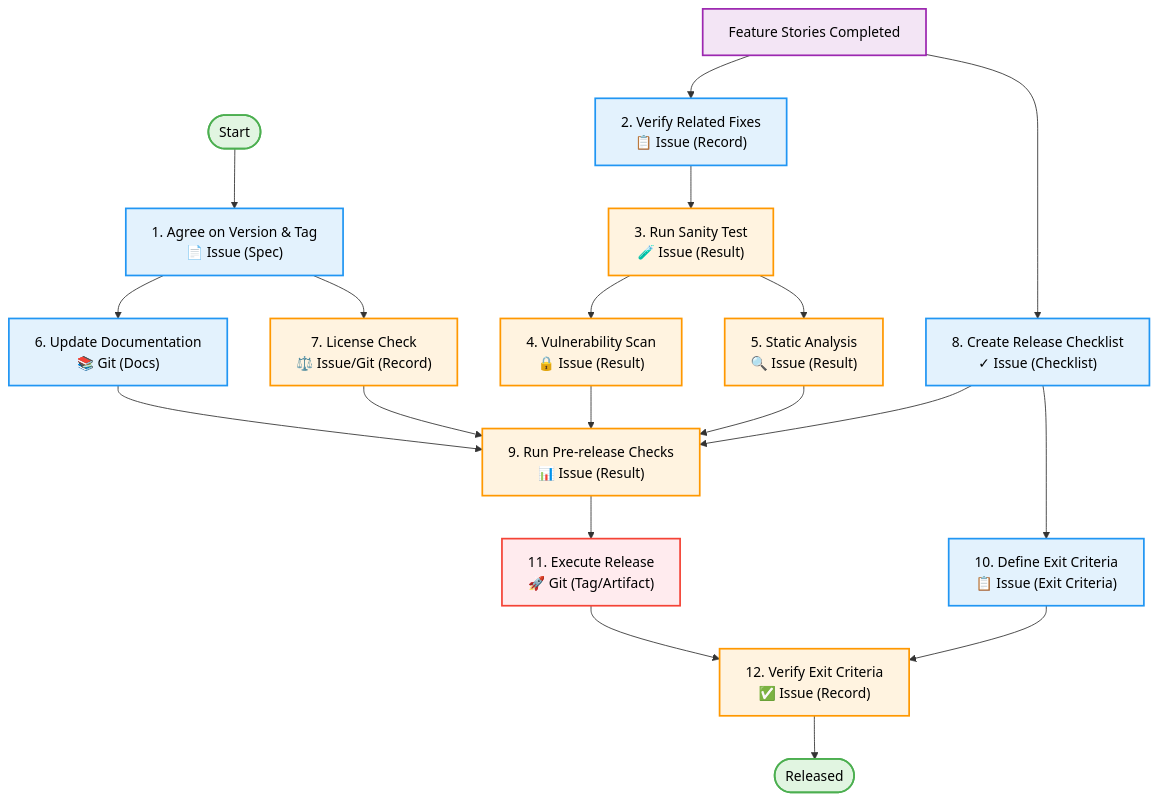
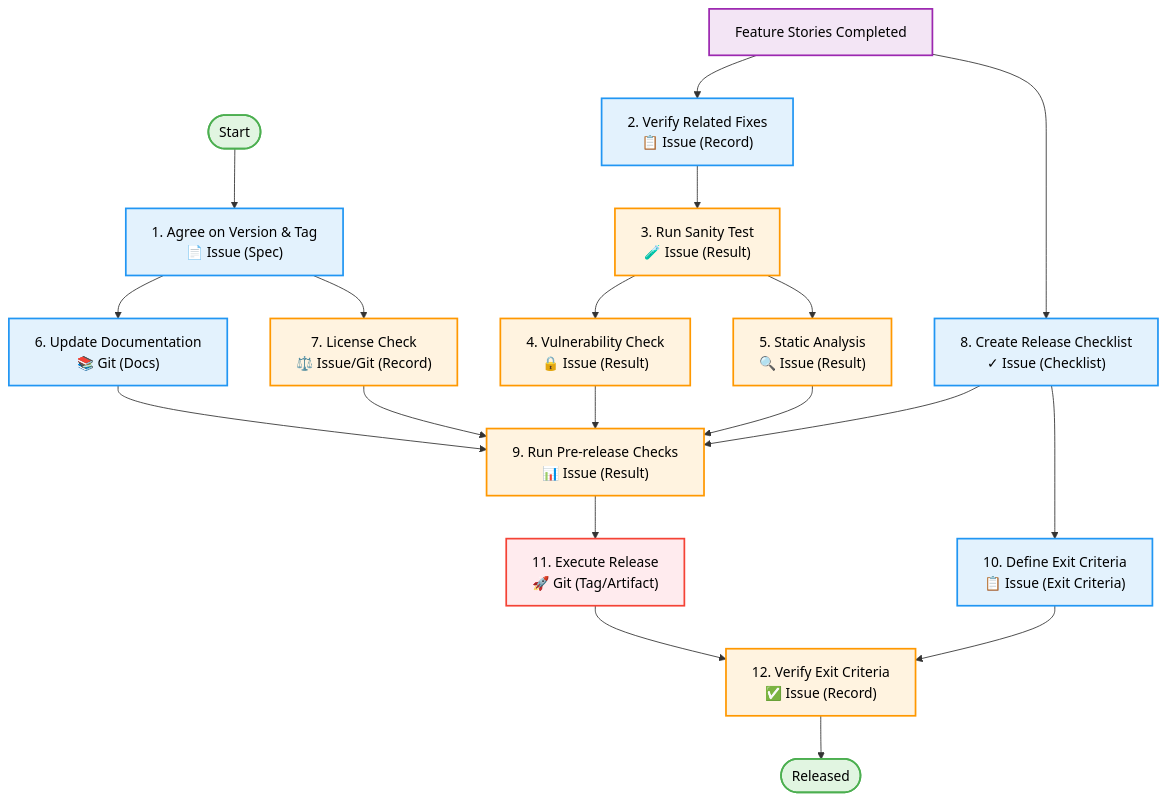
The fourth of 4 diagrams in knowledge/workflows/workflow.md (LongbowXXX/terraformer), drawn with Mermaid before and after one commit.

````diff
--- a/knowledge/workflows/workflow.md
+++ b/knowledge/workflows/workflow.md
@@ -179,35 +179,35 @@
 ```mermaid
 graph TD
     Start([Start]) --> T1
     Features[Feature Stories Completed] --> T2
 
     T1["1. Agree on Version & Tag<br/>📄 Issue (Spec)"] --> T6
     T1 --> T7
     T2["2. Verify Related Fixes<br/>📋 Issue (Record)"] --> T3
     T3["3. Run Sanity Test<br/>🧪 Issue (Result)"] --> T4
     T3 --> T5
-    T4["4. Vulnerability Scan<br/>🔒 Issue (Result)"] --> T9
+    T4["4. Vulnerability Check<br/>🔒 Issue (Result)"] --> T9
     T5["5. Static Analysis<br/>🔍 Issue (Result)"] --> T9
     T6["6. Update Documentation<br/>📚 Git (Docs)"] --> T9
     T7["7. License Check<br/>⚖️ Issue/Git (Record)"] --> T9
     T8["8. Create Release Checklist<br/>✓ Issue (Checklist)"] --> T9
     Features --> T8
     T8 --> T10
     T9["9. Run Pre-release Checks<br/>📊 Issue (Result)"] --> T11
     T10["10. Define Exit Criteria<br/>📋 Issue (Exit Criteria)"] --> T12
     T11["11. Execute Release<br/>🚀 Git (Tag/Artifact)"] --> T12
     T12["12. Verify Exit Criteria<br/>✅ Issue (Record)"] --> End
     End([Released])
 
     classDef startEnd fill:#e1f5e1,stroke:#4caf50,stroke-width:2px,color:#000
     classDef prereq fill:#f3e5f5,stroke:#9c27b0,stroke-width:2px,color:#000
     classDef task fill:#e3f2fd,stroke:#2196f3,stroke-width:2px,color:#000
     classDef check fill:#fff3e0,stroke:#ff9800,stroke-width:2px,color:#000
     classDef release fill:#ffebee,stroke:#f44336,stroke-width:2px,color:#000
 
     class Start,End startEnd
     class Features prereq
     class T1,T2,T6,T8,T10 task
     class T3,T4,T5,T7,T9,T12 check
     class T11 release
 ```
````
